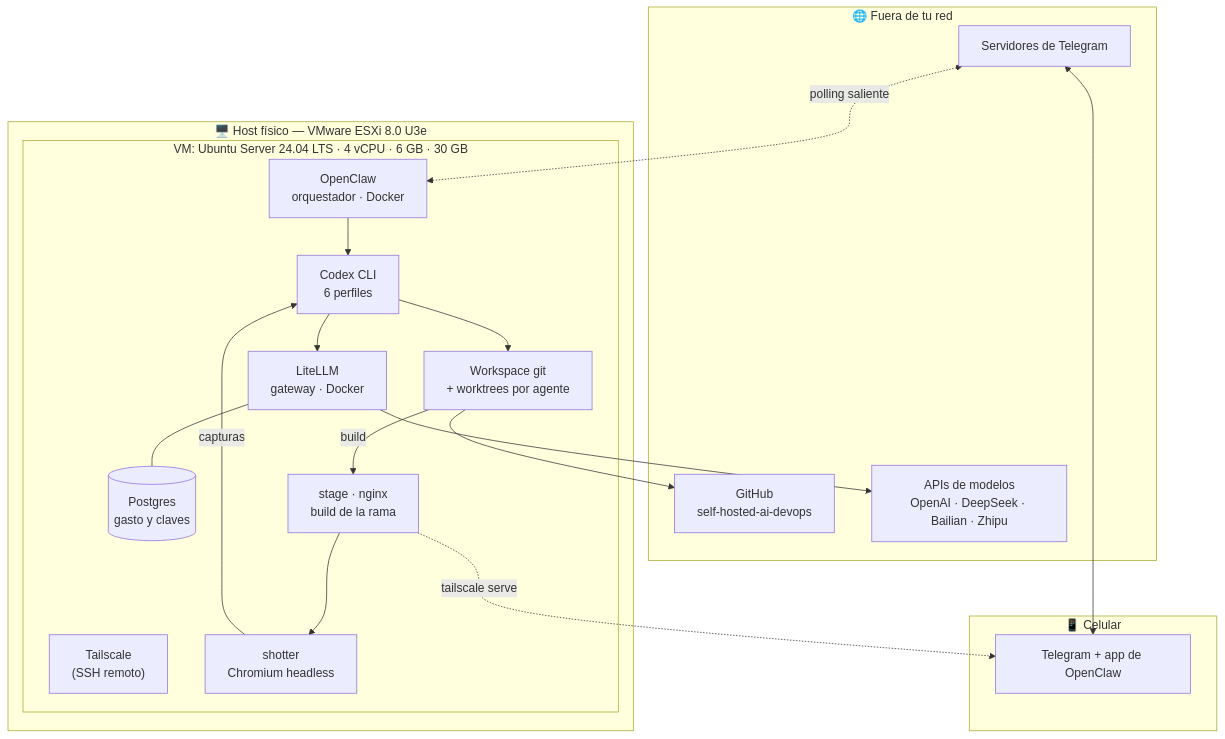
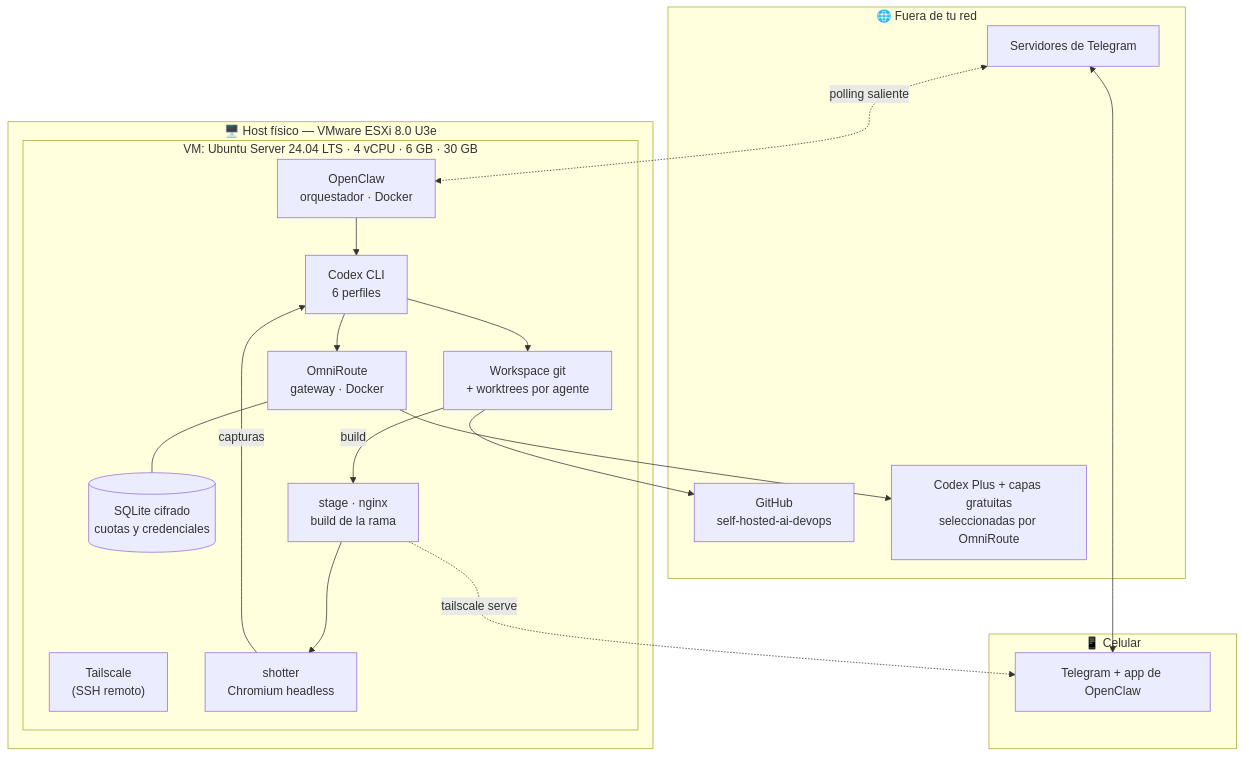
The first of 4 diagrams in docs/arquitectura.md (marksato13/self-hosted-ai-devops), drawn with Mermaid before and after one commit. The commit also changed other lines of this file and 33 other files, not shown here.

Commit message:
Migra el gateway gratuito a OmniRoute

````diff
--- a/docs/arquitectura.md
+++ b/docs/arquitectura.md
@@ -9,38 +9,38 @@
 ```mermaid
 flowchart TB
     subgraph EXT["🌐 Fuera de tu red"]
         TG["Servidores de Telegram"]
         GH["GitHub<br/>self-hosted-ai-devops"]
-        API["APIs de modelos<br/>OpenAI · DeepSeek · Bailian · Zhipu"]
+        API["Codex Plus + capas gratuitas<br/>seleccionadas por OmniRoute"]
     end
 
     subgraph CEL["📱 Celular"]
         APP["Telegram + app de OpenClaw"]
     end
 
     subgraph HOST["🖥️ Host físico — VMware ESXi 8.0 U3e"]
         subgraph VM["VM: Ubuntu Server 24.04 LTS · 4 vCPU · 6 GB · 30 GB"]
             TS["Tailscale<br/>(SSH remoto)"]
             OC["OpenClaw<br/>orquestador · Docker"]
-            LL["LiteLLM<br/>gateway · Docker"]
-            PG[("Postgres<br/>gasto y claves")]
+            LL["OmniRoute<br/>gateway · Docker"]
+            DB[("SQLite cifrado<br/>cuotas y credenciales")]
             CX["Codex CLI<br/>6 perfiles"]
             WS["Workspace git<br/>+ worktrees por agente"]
             ST["stage · nginx<br/>build de la rama"]
             SH["shotter<br/>Chromium headless"]
             OC --> CX
             CX --> LL
-            LL --- PG
+            LL --- DB
             CX --> WS
             WS -->|build| ST
             ST --> SH
             SH -->|capturas| CX
         end
     end
 
     APP <--> TG
     TG <-.->|polling saliente| OC
     LL --> API
     WS --> GH
     ST -.->|tailscale serve| APP
 ```
````
